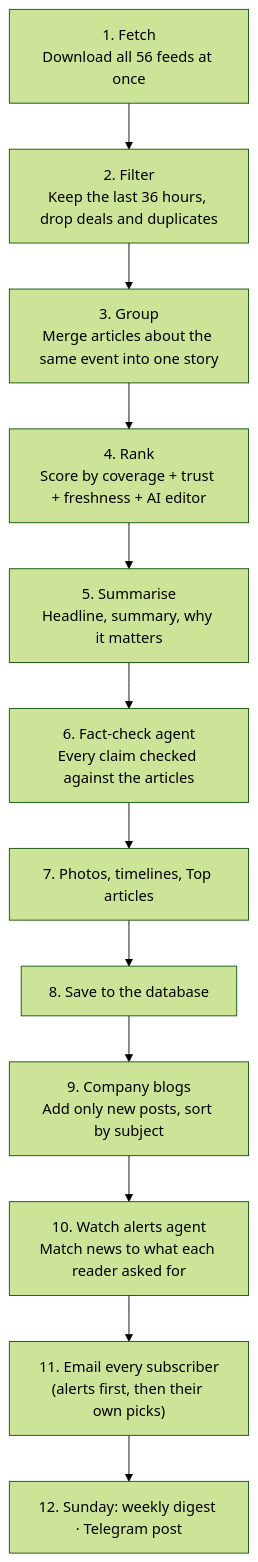
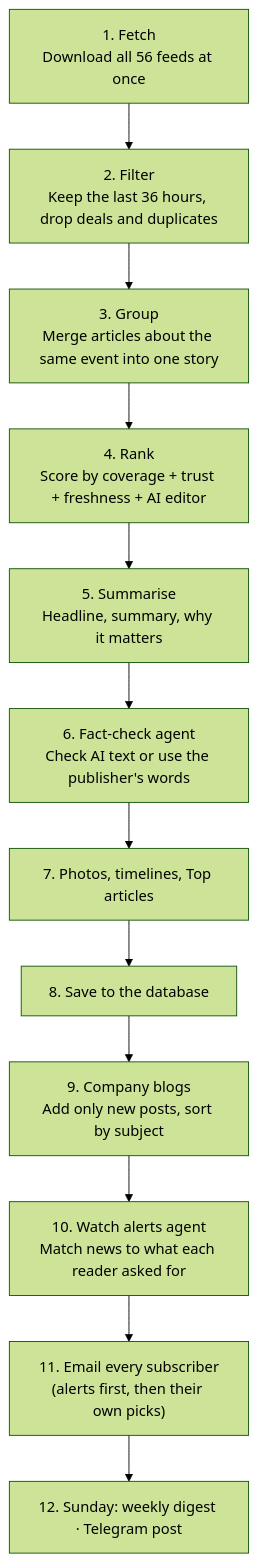
One commit to YashRajSingh1001/readkernel changed the second of 2 diagrams in docs/OVERVIEW.md. Above: the diagram before and after it, drawn with Mermaid (forest theme). The commit also changed other lines of this file and 7 other files, not shown here.

````diff
--- a/docs/OVERVIEW.md
+++ b/docs/OVERVIEW.md
@@ -67,14 +67,14 @@
 ```mermaid
 flowchart TD
     A["1. Fetch<br/>Download all 56 feeds at once"] --> B["2. Filter<br/>Keep the last 36 hours, drop deals and duplicates"]
     B --> C["3. Group<br/>Merge articles about the same event into one story"]
     C --> D["4. Rank<br/>Score by coverage + trust + freshness + AI editor"]
     D --> E["5. Summarise<br/>Headline, summary, why it matters"]
-    E --> E2["6. Fact-check agent<br/>Every claim checked against the articles"]
+    E --> E2["6. Fact-check agent<br/>Check AI text or use the publisher's words"]
     E2 --> F["7. Photos, timelines, Top articles"]
     F --> G["8. Save to the database"]
     G --> H["9. Company blogs<br/>Add only new posts, sort by subject"]
     H --> H2["10. Watch alerts agent<br/>Match news to what each reader asked for"]
     H2 --> I["11. Email every subscriber<br/>(alerts first, then their own picks)"]
     I --> J["12. Sunday: weekly digest · Telegram post"]
 ```
````
